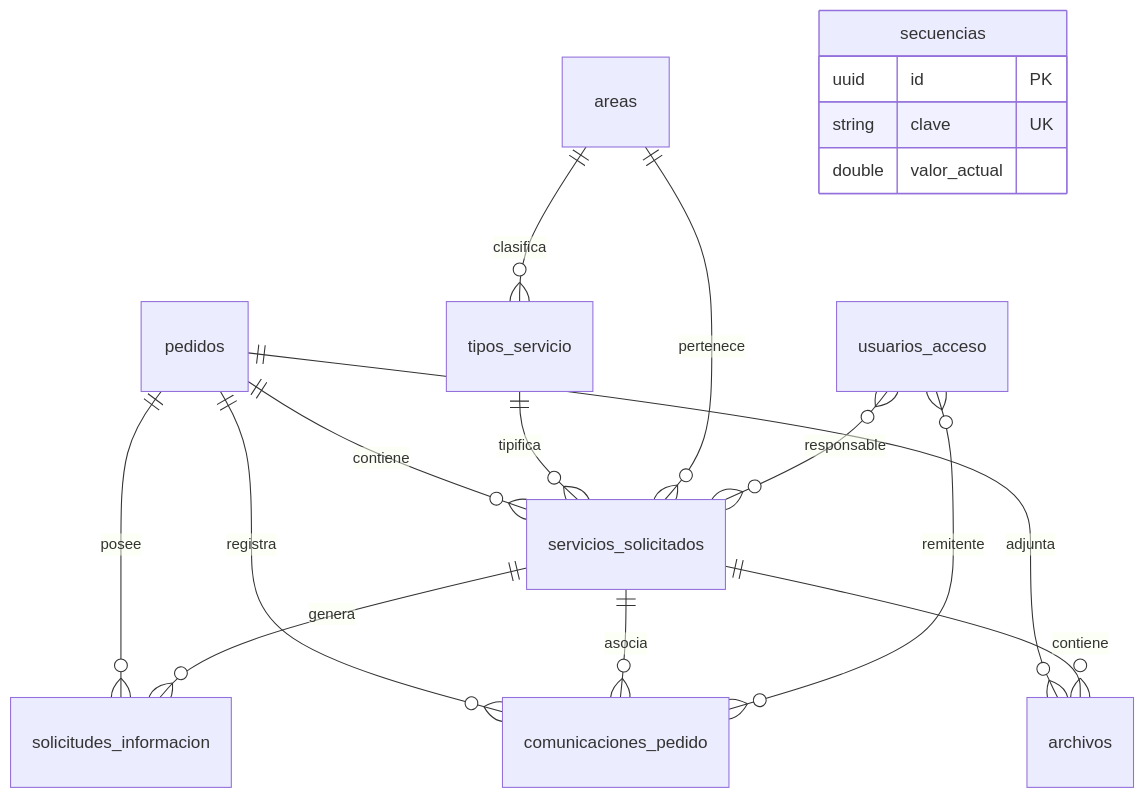
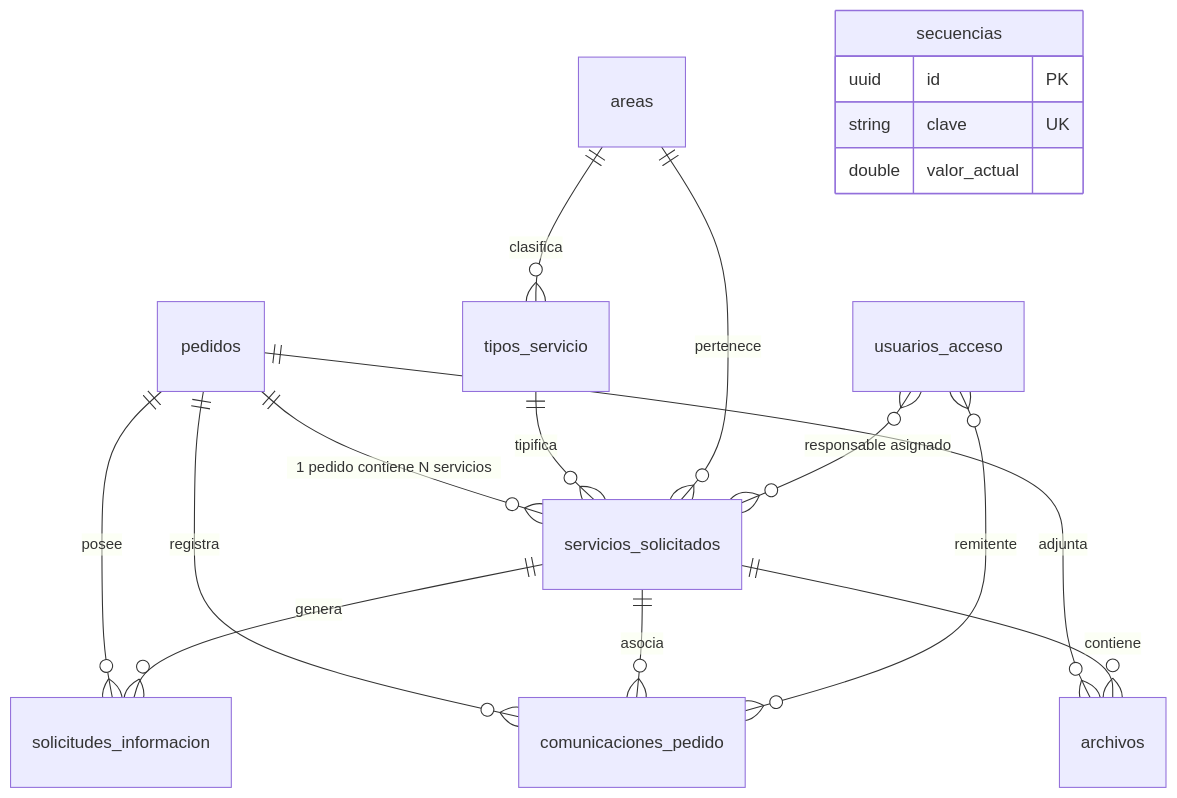
Before and after one commit to saldiviapablo/formulariopedidos: the diagram in docs/current-state/07_MODELO_DATOS_ACTUAL.md, drawn with Mermaid. The commit also changed other lines of this file and 18 other files, not shown here.

````diff
--- a/docs/current-state/07_MODELO_DATOS_ACTUAL.md
+++ b/docs/current-state/07_MODELO_DATOS_ACTUAL.md
@@ -30,24 +30,24 @@
 ```mermaid
 erDiagram
-    pedidos ||--o{ servicios_solicitados : "contiene"
+    pedidos ||--o{ servicios_solicitados : "1 pedido contiene N servicios"
     pedidos ||--o{ solicitudes_informacion : "posee"
     pedidos ||--o{ comunicaciones_pedido : "registra"
     pedidos ||--o{ archivos : "adjunta"
     
     areas ||--o{ tipos_servicio : "clasifica"
     tipos_servicio ||--o{ servicios_solicitados : "tipifica"
     areas ||--o{ servicios_solicitados : "pertenece"
     
     servicios_solicitados ||--o{ solicitudes_informacion : "genera"
     servicios_solicitados ||--o{ comunicaciones_pedido : "asocia"
     servicios_solicitados ||--o{ archivos : "contiene"
     
-    usuarios_acceso }o--o{ servicios_solicitados : "responsable"
+    usuarios_acceso }o--o{ servicios_solicitados : "responsable asignado"
     usuarios_acceso }o--o{ comunicaciones_pedido : "remitente"
     
     secuencias {
         uuid id PK
         string clave UK
         double valor_actual
     }
 ```
````
